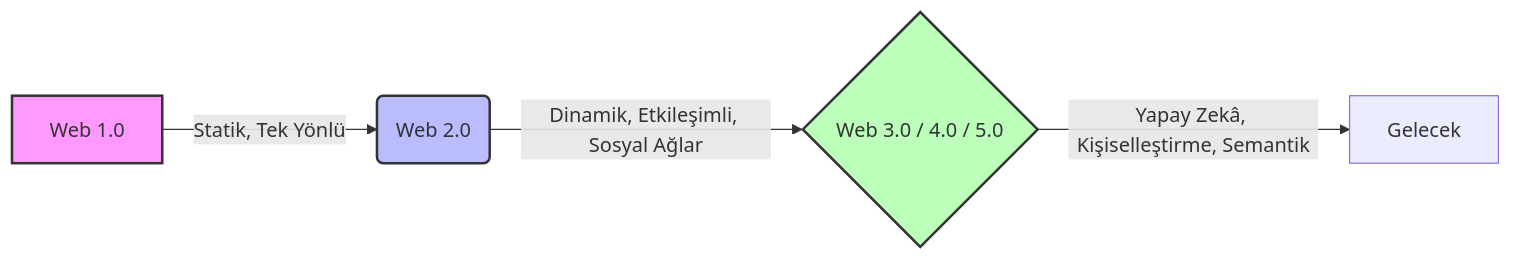
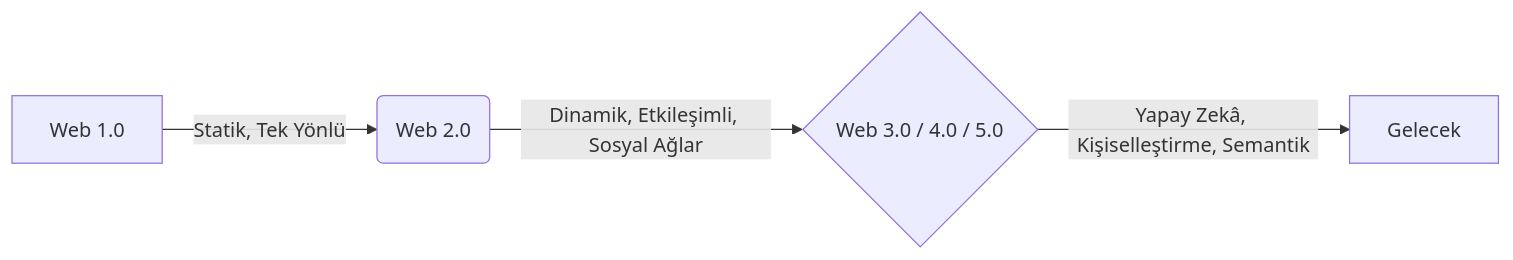
The diagram in content/1-ders-notlari/2-sinif/2-2-bahar/dijital-pazarlama/Teorik Notlar/dijital-pazarlama-2.md (meto-data/noetic-logos), drawn with Mermaid before and after one commit. The commit also changed 116 other files, not shown here.

````diff
--- a/content/1-ders-notlari/2-sinif/2-2-bahar/dijital-pazarlama/Teorik Notlar/dijital-pazarlama-2.md
+++ b/content/1-ders-notlari/2-sinif/2-2-bahar/dijital-pazarlama/Teorik Notlar/dijital-pazarlama-2.md
@@ -34,10 +34,6 @@
 ```mermaid
 graph LR
     A[Web 1.0] -->|Statik, Tek Yönlü| B(Web 2.0)
     B -->|Dinamik, Etkileşimli, Sosyal Ağlar| C{Web 3.0 / 4.0 / 5.0}
     C -->|Yapay Zekâ, Kişiselleştirme, Semantik| D[Gelecek]
-    
-    style A fill:#f9f,stroke:#333,stroke-width:2px
-    style B fill:#bbf,stroke:#333,stroke-width:2px
-    style C fill:#bfb,stroke:#333,stroke-width:2px
 ```
````
